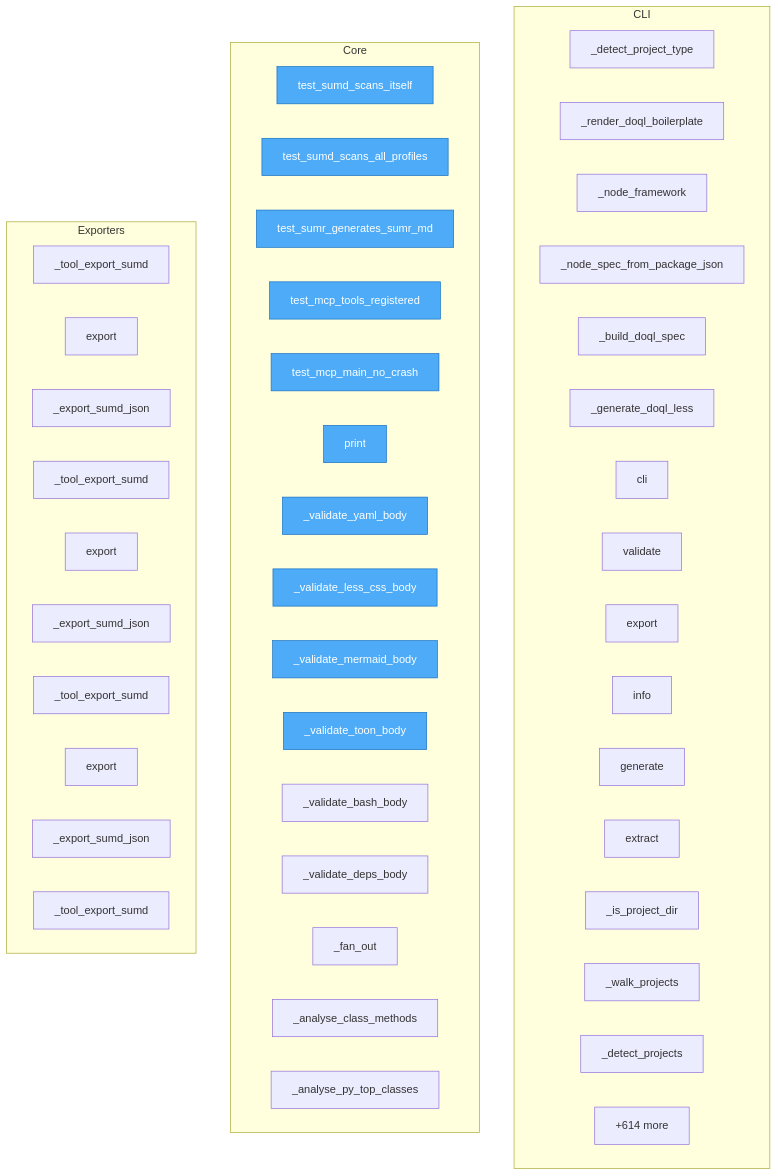
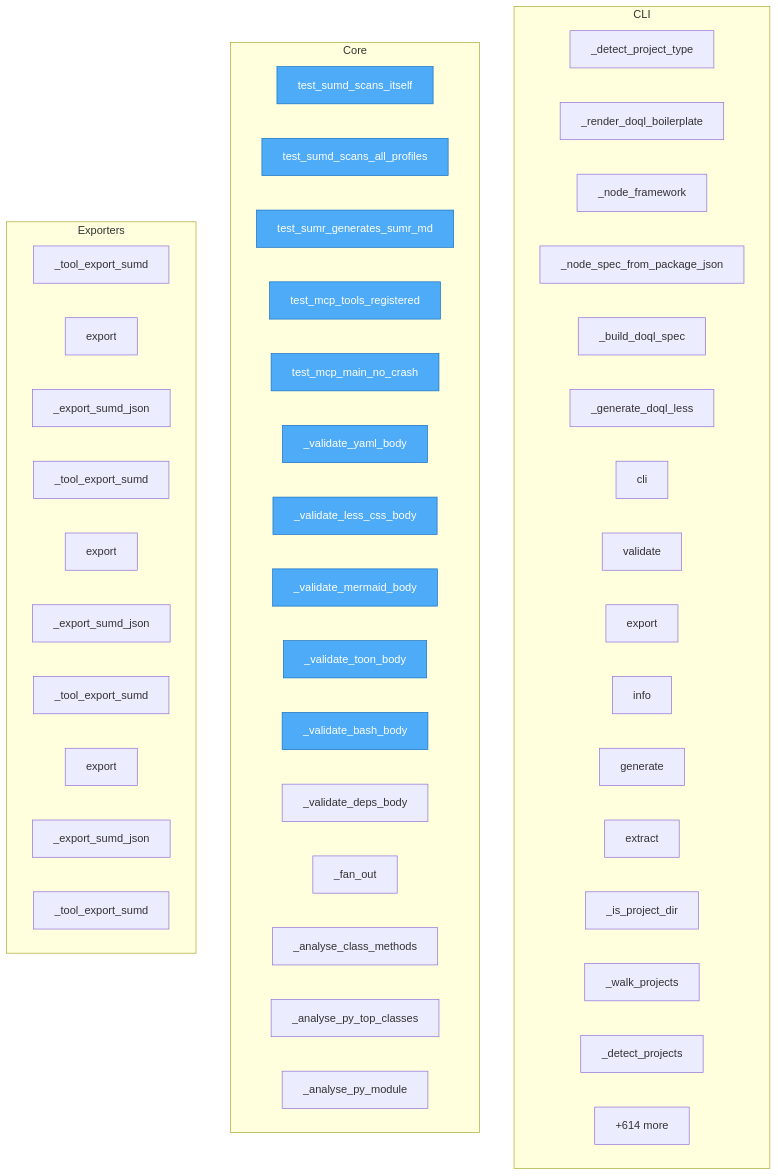
One commit to oqlos/statement changed the diagram in project/flow.mmd. Above: the diagram before and after it, drawn with Mermaid. The commit also changed 23 other files, not shown here.

```diff
--- a/project/flow.mmd
+++ b/project/flow.mmd
@@ -1,57 +1,57 @@
 flowchart TD
 
     %% Entry points (blue)
     classDef entry fill:#4dabf7,stroke:#1971c2,color:#fff
 
     subgraph CLI
         sumd__cli___detect_project_type["_detect_project_type"]
         sumd__cli___render_doql_boilerplate["_render_doql_boilerplate"]
         sumd__cli___node_framework["_node_framework"]
         sumd__cli___node_spec_from_package_json["_node_spec_from_package_json"]
         sumd__cli___build_doql_spec["_build_doql_spec"]
         sumd__cli___generate_doql_less["_generate_doql_less"]
         sumd__cli__cli["cli"]
         sumd__cli__validate["validate"]
         sumd__cli__export["export"]
         sumd__cli__info["info"]
         sumd__cli__generate["generate"]
         sumd__cli__extract["extract"]
         sumd__cli___is_project_dir["_is_project_dir"]
         sumd__cli___walk_projects["_walk_projects"]
         sumd__cli___detect_projects["_detect_projects"]
         ...["+28 more"]
     end
 
     subgraph Core
         TODO__test_sumd_scans_itself["test_sumd_scans_itself"]
         TODO__test_sumd_scans_all_profiles["test_sumd_scans_all_profiles"]
         TODO__test_sumr_generates_sumr_md["test_sumr_generates_sumr_md"]
         TODO__test_mcp_tools_registered["test_mcp_tools_registered"]
         TODO__test_mcp_main_no_crash["test_mcp_main_no_crash"]
-        docs__USAGE__print["print"]
         sumd__validator___validate_yaml_body["_validate_yaml_body"]
         sumd__validator___validate_less_css_body["_validate_less_css_body"]
         sumd__validator___validate_mermaid_body["_validate_mermaid_body"]
         sumd__validator___validate_toon_body["_validate_toon_body"]
         sumd__validator___validate_bash_body["_validate_bash_body"]
         sumd__validator___validate_deps_body["_validate_deps_body"]
         sumd__extractor___fan_out["_fan_out"]
         sumd__extractor___analyse_class_methods["_analyse_class_methods"]
         sumd__extractor___analyse_py_top_classes["_analyse_py_top_classes"]
+        sumd__extractor___analyse_py_module["_analyse_py_module"]
         ...["+614 more"]
     end
 
     subgraph Exporters
         sumd__mcp_server___tool_export_sumd["_tool_export_sumd"]
         SUMR__export["export"]
         SUMR___export_sumd_json["_export_sumd_json"]
         SUMR___tool_export_sumd["_tool_export_sumd"]
+        SUMD__export["export"]
+        SUMD___export_sumd_json["_export_sumd_json"]
+        SUMD___tool_export_sumd["_tool_export_sumd"]
         project__map__toon__export["export"]
         project__map__toon___export_sumd_json["_export_sumd_json"]
         project__map__toon___tool_export_sumd["_tool_export_sumd"]
-        SUMD__export["export"]
-        SUMD___export_sumd_json["_export_sumd_json"]
-        SUMD___tool_export_sumd["_tool_export_sumd"]
     end
 
-    class TODO__test_sumd_scans_itself,TODO__test_sumd_scans_all_profiles,TODO__test_sumr_generates_sumr_md,TODO__test_mcp_tools_registered,TODO__test_mcp_main_no_crash,docs__USAGE__print,sumd__validator___validate_yaml_body,sumd__validator___validate_less_css_body,sumd__validator___validate_mermaid_body,sumd__validator___validate_toon_body entry
+    class TODO__test_sumd_scans_itself,TODO__test_sumd_scans_all_profiles,TODO__test_sumr_generates_sumr_md,TODO__test_mcp_tools_registered,TODO__test_mcp_main_no_crash,sumd__validator___validate_yaml_body,sumd__validator___validate_less_css_body,sumd__validator___validate_mermaid_body,sumd__validator___validate_toon_body,sumd__validator___validate_bash_body entry
```
